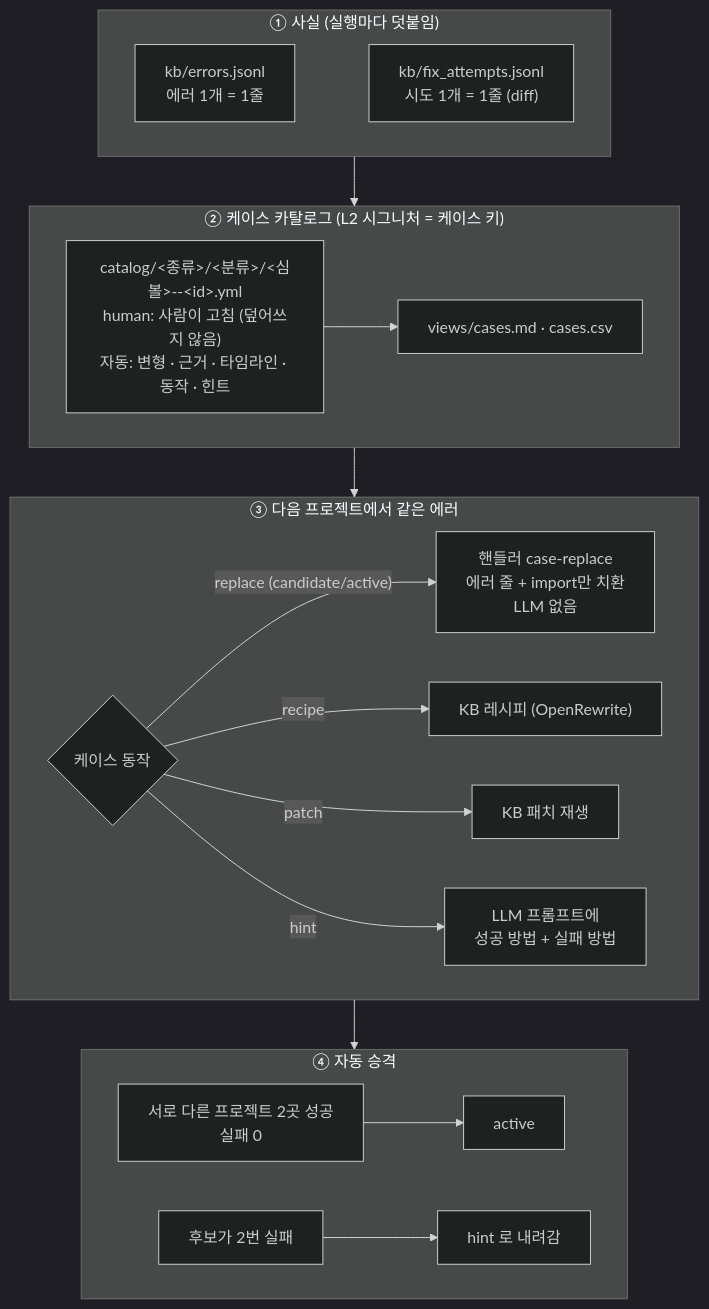
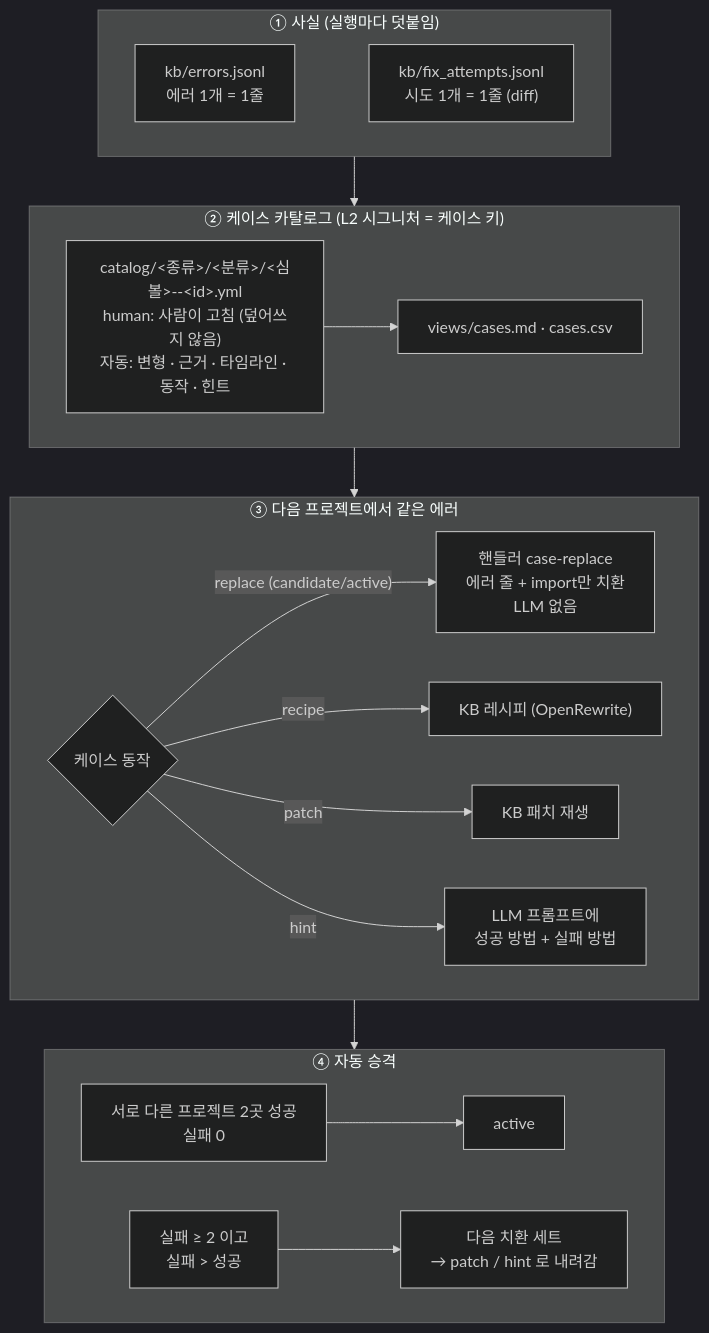
The diagram in docs/migration-agent/diagrams/case-catalog.mmd (acandiatale/tutu), drawn with Mermaid (dark theme) before and after one commit. The commit also changed 193 other files, not shown here.

```diff
--- a/docs/migration-agent/diagrams/case-catalog.mmd
+++ b/docs/migration-agent/diagrams/case-catalog.mmd
@@ -1,22 +1,22 @@
 flowchart TB
   subgraph ev["① 사실 (실행마다 덧붙임)"]
     direction LR
     E1["kb/errors.jsonl<br/>에러 1개 = 1줄"] ~~~ E2["kb/fix_attempts.jsonl<br/>시도 1개 = 1줄 (diff)"]
   end
   subgraph cat["② 케이스 카탈로그 (L2 시그니처 = 케이스 키)"]
     direction LR
     C["catalog/&lt;종류&gt;/&lt;분류&gt;/&lt;심볼&gt;--&lt;id&gt;.yml<br/>human: 사람이 고침 (덮어쓰지 않음)<br/>자동: 변형 · 근거 · 타임라인 · 동작 · 힌트"] --> V["views/cases.md · cases.csv"]
   end
   subgraph hit["③ 다음 프로젝트에서 같은 에러"]
     direction LR
     H{"케이스 동작"} -->|"replace (candidate/active)"| R["핸들러 case-replace<br/>에러 줄 + import만 치환<br/>LLM 없음"]
     H -->|recipe| RC["KB 레시피 (OpenRewrite)"]
     H -->|patch| P["KB 패치 재생"]
     H -->|hint| L["LLM 프롬프트에<br/>성공 방법 + 실패 방법"]
   end
   subgraph pro["④ 자동 승격"]
     direction LR
     S["서로 다른 프로젝트 2곳 성공<br/>실패 0"] --> A["active"]
-    F["후보가 2번 실패"] --> D["hint 로 내려감"]
+    F["실패 ≥ 2 이고<br/>실패 > 성공"] --> D["다음 치환 세트<br/>→ patch / hint 로 내려감"]
   end
   ev --> cat --> hit --> pro
```
